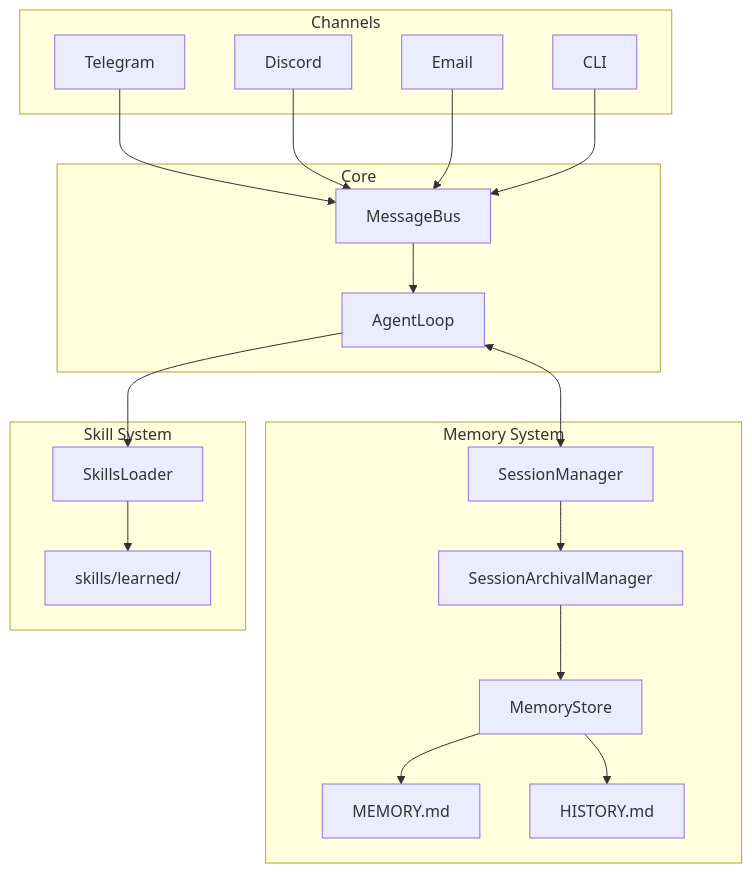
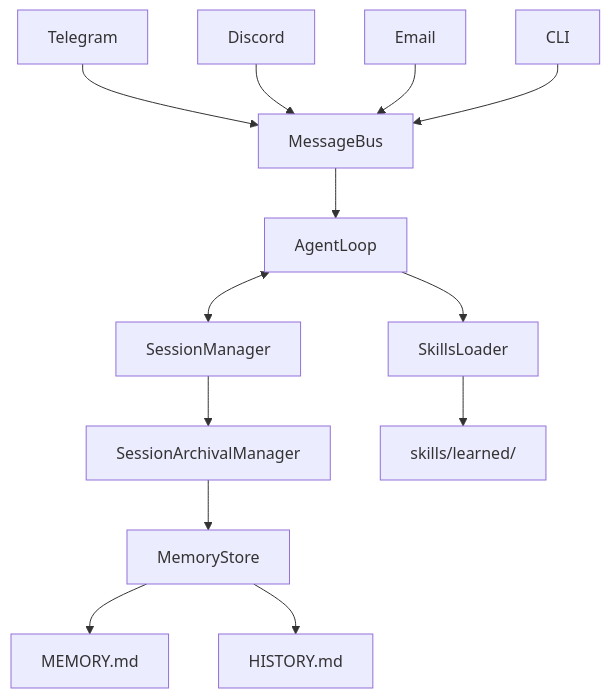
Before and after one commit to kspviswa/sarathy: the first of 7 diagrams in design/MEMORY_AND_SKILL_SYSTEM.md, drawn with Mermaid. The commit also changed other lines of this file, not shown here.

Commit message:
fix: Simplify architecture diagram and remove author signature

````diff
--- a/design/MEMORY_AND_SKILL_SYSTEM.md
+++ b/design/MEMORY_AND_SKILL_SYSTEM.md
@@ -26,37 +26,15 @@
 ```mermaid
 graph TB
-    subgraph "Channels"
-        T[Telegram]
-        D[Discord]
-        E[Email]
-        C[CLI]
-    end
-
-    subgraph "Core"
-        MB[MessageBus]
-        AL[AgentLoop]
-    end
-
-    subgraph "Memory System"
-        SM[SessionManager]
-        SAM[SessionArchivalManager]
-        MS[MemoryStore]
-        MEM[MEMORY.md]
-        HIST[HISTORY.md]
-    end
-
-    subgraph "Skill System"
-        SL[SkillsLoader]
-        LEARNED[skills/learned/]
-    end
-
-    T & D & E & C --> MB
-    MB --> AL
-    AL <--> SM
-    SM --> SAM
-    SAM --> MS
-    MS --> MEM
-    MS --> HIST
-    AL --> SL
-    SL --> LEARNED
+    T[Telegram] --> MB[MessageBus]
+    D[Discord] --> MB
+    E[Email] --> MB
+    C[CLI] --> MB
+    MB --> AL[AgentLoop]
+    AL <--> SM[SessionManager]
+    SM --> SAM[SessionArchivalManager]
+    SAM --> MS[MemoryStore]
+    MS --> MEM[MEMORY.md]
+    MS --> HIST[HISTORY.md]
+    AL --> SL[SkillsLoader]
+    SL --> LEARNED[skills/learned/]
 ```
````
